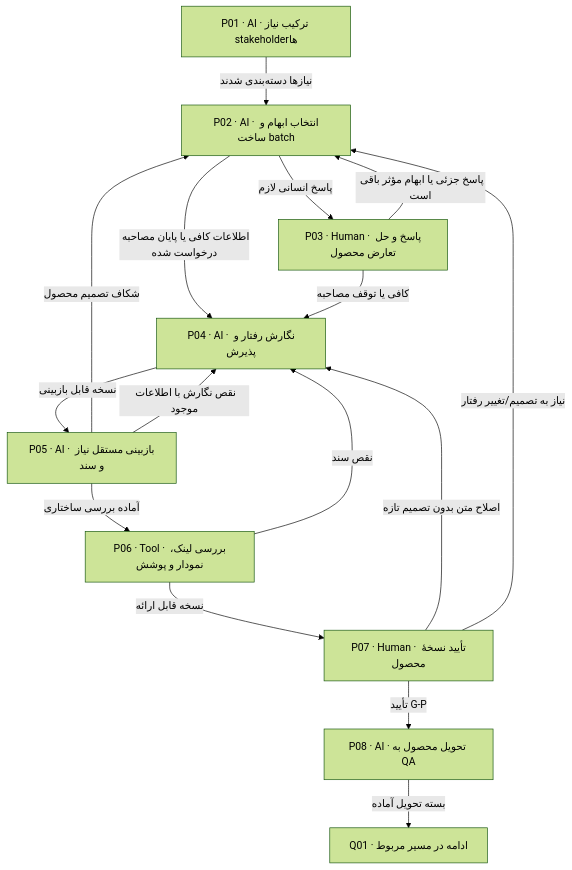
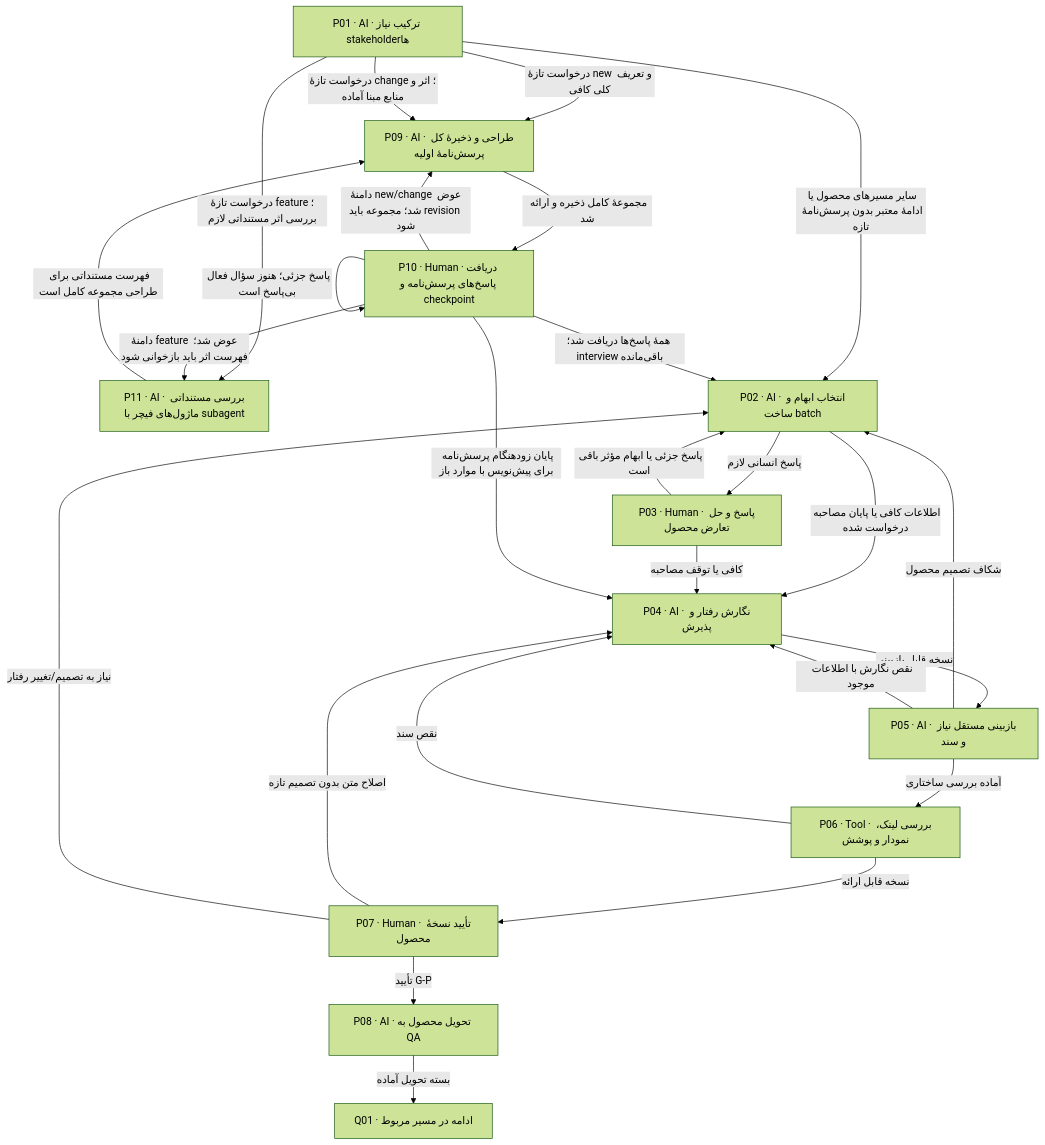
One commit to oveysrostami/product-workflow changed the diagram in workflows/02-product.md. Above: the diagram before and after it, drawn with Mermaid (forest theme). The commit also changed other lines of this file and 40 other files, not shown here.

````diff
--- a/workflows/02-product.md
+++ b/workflows/02-product.md
@@ -7,27 +7,40 @@
 ```mermaid
 flowchart TD
     P01["P01 · AI · ترکیب نیاز stakeholderها"]
     P02["P02 · AI · انتخاب ابهام و ساخت batch"]
     P03["P03 · Human · پاسخ و حل تعارض محصول"]
     P04["P04 · AI · نگارش رفتار و پذیرش"]
     P05["P05 · AI · بازبینی مستقل نیاز و سند"]
     P06["P06 · Tool · بررسی لینک، نمودار و پوشش"]
     P07["P07 · Human · تأیید نسخهٔ محصول"]
     P08["P08 · AI · تحویل محصول به QA"]
+    P09["P09 · AI · طراحی و ذخیرهٔ کل پرسش‌نامهٔ اولیه"]
+    P10["P10 · Human · دریافت پاسخ‌های پرسش‌نامه و checkpoint"]
+    P11["P11 · AI · بررسی مستنداتی ماژول‌های فیچر با subagent"]
     Q01["Q01 · ادامه در مسیر مربوط"]
-    P01 -->|"نیازها دسته‌بندی شدند"| P02
+    P01 -->|"درخواست تازهٔ new و تعریف کلی کافی"| P09
+    P01 -->|"درخواست تازهٔ change؛ اثر و منابع مبنا آماده"| P09
+    P01 -->|"درخواست تازهٔ feature؛ بررسی اثر مستنداتی لازم"| P11
+    P01 -->|"سایر مسیرهای محصول یا ادامهٔ معتبر بدون پرسش‌نامهٔ تازه"| P02
     P02 -->|"پاسخ انسانی لازم"| P03
     P02 -->|"اطلاعات کافی یا پایان مصاحبه درخواست شده"| P04
     P03 -->|"پاسخ جزئی یا ابهام مؤثر باقی است"| P02
     P03 -->|"کافی یا توقف مصاحبه"| P04
     P04 -->|"نسخه قابل بازبینی"| P05
     P05 -->|"شکاف تصمیم محصول"| P02
     P05 -->|"نقص نگارش با اطلاعات موجود"| P04
     P05 -->|"آماده بررسی ساختاری"| P06
     P06 -->|"نقص سند"| P04
     P06 -->|"نسخه قابل ارائه"| P07
     P07 -->|"تأیید G-P"| P08
     P07 -->|"اصلاح متن بدون تصمیم تازه"| P04
     P07 -->|"نیاز به تصمیم/تغییر رفتار"| P02
     P08 -->|"بسته تحویل آماده"| Q01
+    P09 -->|"مجموعهٔ کامل ذخیره و ارائه شد"| P10
+    P10 -->|"پاسخ جزئی؛ هنوز سؤال فعال بی‌پاسخ است"| P10
+    P10 -->|"همهٔ پاسخ‌ها دریافت شد؛ interview باقی‌مانده"| P02
+    P10 -->|"دامنهٔ feature عوض شد؛ فهرست اثر باید بازخوانی شود"| P11
+    P10 -->|"دامنهٔ new/change عوض شد؛ مجموعه باید revision شود"| P09
+    P10 -->|"پایان زودهنگام پرسش‌نامه برای پیش‌نویس با موارد باز"| P04
+    P11 -->|"فهرست مستنداتی برای طراحی مجموعه کامل است"| P09
 ```
````
